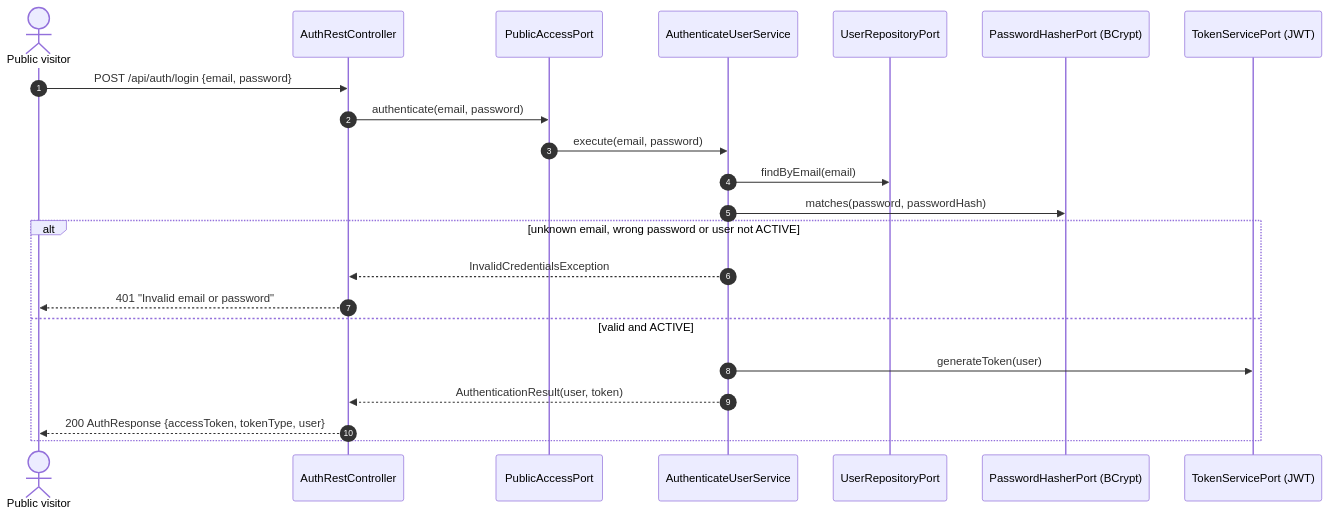
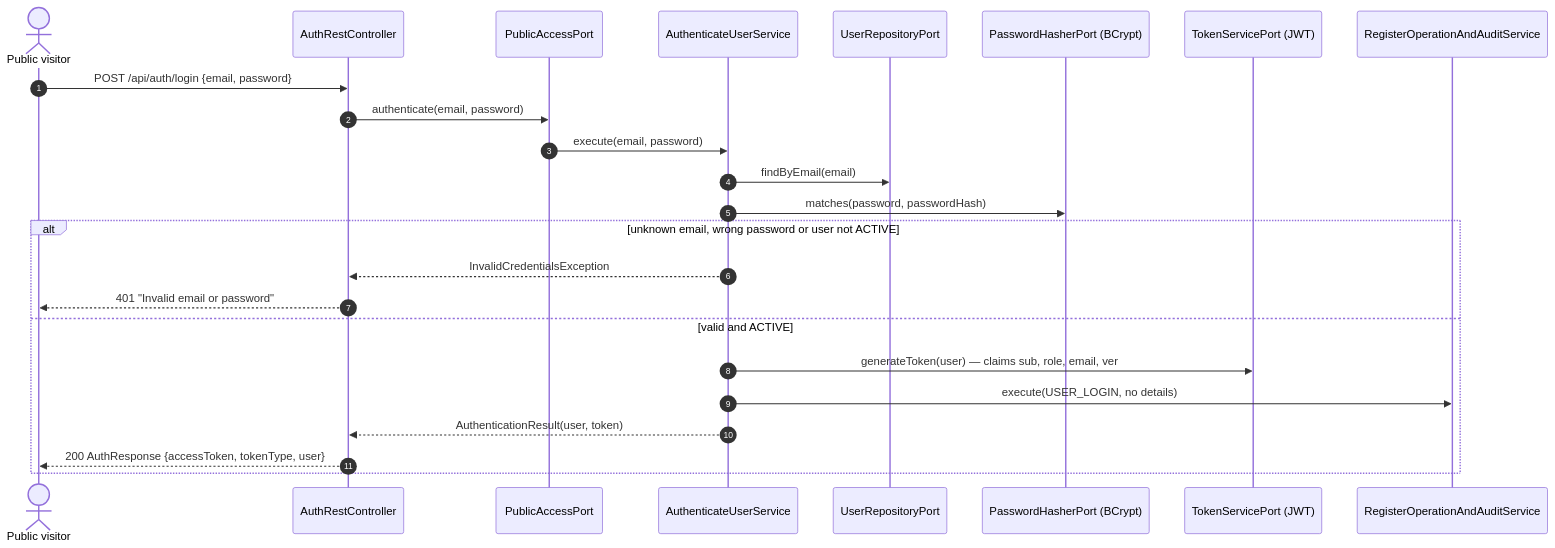
One commit to Spuerta18/Nexuss changed the first of 9 diagrams in SDD/C4/11-endpoints-flows.md. Above: the diagram before and after it, drawn with Mermaid. The commit also changed other lines of this file and 34 other files, not shown here.

````diff
--- a/SDD/C4/11-endpoints-flows.md
+++ b/SDD/C4/11-endpoints-flows.md
@@ -67,25 +81,27 @@
 ```mermaid
 sequenceDiagram
     autonumber
     actor V as Public visitor
     participant C as AuthRestController
     participant P as PublicAccessPort
     participant S as AuthenticateUserService
     participant U as UserRepositoryPort
     participant H as PasswordHasherPort (BCrypt)
     participant T as TokenServicePort (JWT)
+    participant A as RegisterOperationAndAuditService
 
     V->>C: POST /api/auth/login {email, password}
     C->>P: authenticate(email, password)
     P->>S: execute(email, password)
     S->>U: findByEmail(email)
     S->>H: matches(password, passwordHash)
     alt unknown email, wrong password or user not ACTIVE
         S-->>C: InvalidCredentialsException
         C-->>V: 401 "Invalid email or password"
     else valid and ACTIVE
-        S->>T: generateToken(user)
+        S->>T: generateToken(user) — claims sub, role, email, ver
+        S->>A: execute(USER_LOGIN, no details)
         S-->>C: AuthenticationResult(user, token)
         C-->>V: 200 AuthResponse {accessToken, tokenType, user}
     end
 ```
````
